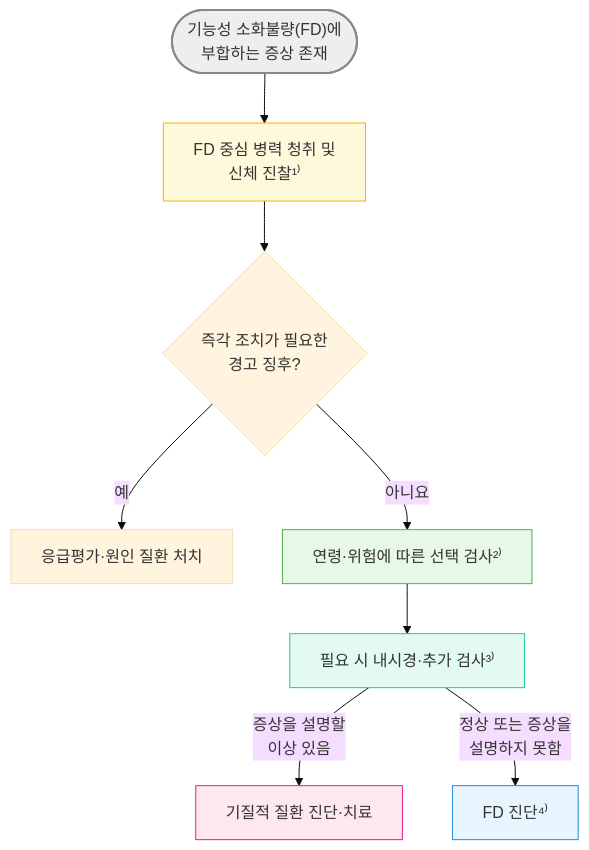
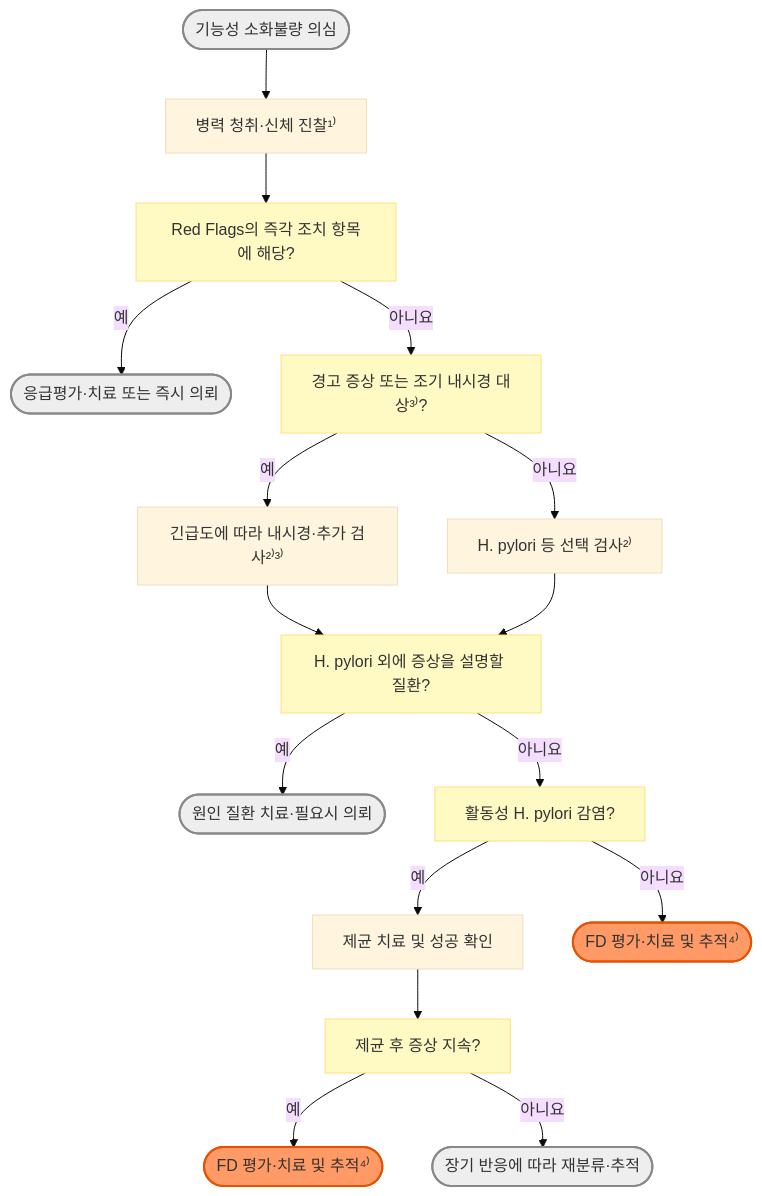
The diagram in 224_/076_-functional-dyspepsia.md (familyoh77/familyoh77), drawn with Mermaid (base theme) before and after one commit. The commit also changed other lines of this file and 1 other file, not shown here.

````diff
--- a/224_/076_-functional-dyspepsia.md
+++ b/224_/076_-functional-dyspepsia.md
@@ -134,19 +137,25 @@
 ```mermaid
 graph TD
-    Start(["기능성 소화불량(FD)에 <br/>부합하는 증상 존재"])
-    --> History["FD 중심 병력 청취 및<br/> 신체 진찰¹⁾"]
-    History --> Alarm{"즉각 조치가 필요한<br/>경고 징후?"}
-    Alarm -- "예" --> Urgent["응급평가·원인 질환 처치"]
-    Alarm -- "아니요" --> Labs["연령·위험에 따른 선택 검사²⁾"]
-    Labs --> AddTest["필요 시 내시경·추가 검사³⁾"]
+    Start(["기능성 소화불량 의심"]) --> History["병력 청취·신체 진찰¹⁾"]
+    History --> Alarm["Red Flags의 즉각 조치 항목에 해당?"]
+    Alarm -- "예" --> Urgent(["응급평가·치료 또는 즉시 의뢰"])
+    Alarm -- "아니요" --> Risk["경고 증상 또는 조기 내시경 대상³⁾?"]
+    Risk -- "예" --> AddTest["긴급도에 따라 내시경·추가 검사²⁾³⁾"]
+    Risk -- "아니요" --> Labs["H. pylori 등 선택 검사²⁾"]
+    AddTest --> Result["H. pylori 외에 증상을 설명할 질환?"]
+    Labs --> Result
+    Result -- "예" --> Organic(["원인 질환 치료·필요시 의뢰"])
+    Result -- "아니요" --> HP["활동성 H. pylori 감염?"]
+    HP -- "예" --> Erad["제균 치료 및 성공 확인"]
+    Erad --> Persist["제균 후 증상 지속?"]
+    Persist -- "예" --> FD_Diag(["FD 평가·치료 및 추적⁴⁾"])
+    Persist -- "아니요" --> Follow(["장기 반응에 따라 재분류·추적"])
+    HP -- "아니요" --> FD_Diag2(["FD 평가·치료 및 추적⁴⁾"])
 
-    AddTest -- "증상을 설명할<br/>이상 있음" --> Organic["기질적 질환 진단·치료"]
-    AddTest -- "정상 또는 증상을<br/>설명하지 못함" --> FD_Diag["FD 진단⁴⁾"]
-
-    style Start fill:#eeeeee,stroke:#888888,stroke-width:2px
-    style History fill:#fff9db,stroke:#fab005
-    style Labs fill:#e8f8e8,stroke:#4caf50
-    style AddTest fill:#e3faf2,stroke:#20c997
-    style FD_Diag fill:#e7f5ff,stroke:#228be6
-    style Organic fill:#fde8f0,stroke:#e91e8c
+    classDef terminal fill:#eeeeee,stroke:#888888,stroke-width:2px
+    classDef question fill:#fff9c4,stroke:#ffe082
+    classDef dx fill:#f96,stroke:#e65100,stroke-width:2px
+    class Start,Urgent,Organic,Follow terminal
+    class FD_Diag,FD_Diag2 dx
+    class Alarm,Risk,Result,HP,Persist question
 ```
````
